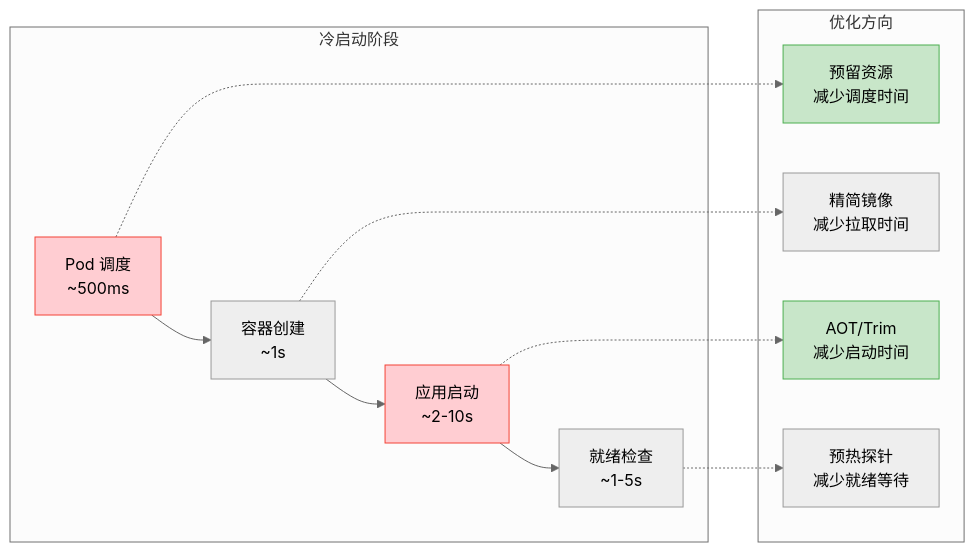
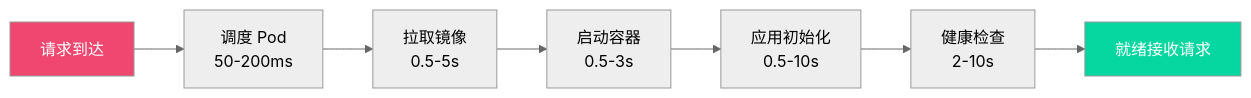
Diagram 14 of 23 in src/运维与部署/Docker_K8s/08_云原生生态/02_Serverless与Knative.md (moklgydocs/moklgydocs.github.io), drawn with Mermaid (neutral theme) before and after one commit. The commit also changed other lines of this file and 1 other file, not shown here.

````diff
--- a/src/运维与部署/Docker_K8s/08_云原生生态/02_Serverless与Knative.md
+++ b/src/运维与部署/Docker_K8s/08_云原生生态/02_Serverless与Knative.md
@@ -843,25 +1358,12 @@
 ```mermaid
 flowchart LR
-    subgraph "冷启动阶段"
-        A["Pod 调度<br/>~500ms"] --> B["容器创建<br/>~1s"]
-        B --> C["应用启动<br/>~2-10s"]
-        C --> D["就绪检查<br/>~1-5s"]
-    end
+    A[请求到达] --> B[调度 Pod<br/>50-200ms]
+    B --> C[拉取镜像<br/>0.5-5s]
+    C --> D[启动容器<br/>0.5-3s]
+    D --> E[应用初始化<br/>0.5-10s]
+    E --> F[健康检查<br/>2-10s]
+    F --> G[就绪接收请求]
 
-    subgraph "优化方向"
-        E["预留资源<br/>减少调度时间"]
-        F["精简镜像<br/>减少拉取时间"]
-        G["AOT/Trim<br/>减少启动时间"]
-        H["预热探针<br/>减少就绪等待"]
-    end
-
-    A -.-> E
-    B -.-> F
-    C -.-> G
-    D -.-> H
-
-    style A fill:#ffcdd2,stroke:#f44336
-    style C fill:#ffcdd2,stroke:#f44336
-    style E fill:#c8e6c9,stroke:#4caf50
-    style G fill:#c8e6c9,stroke:#4caf50
+    style A fill:#ef476f,color:#fff
+    style G fill:#06d6a0,color:#fff
 ```
````
